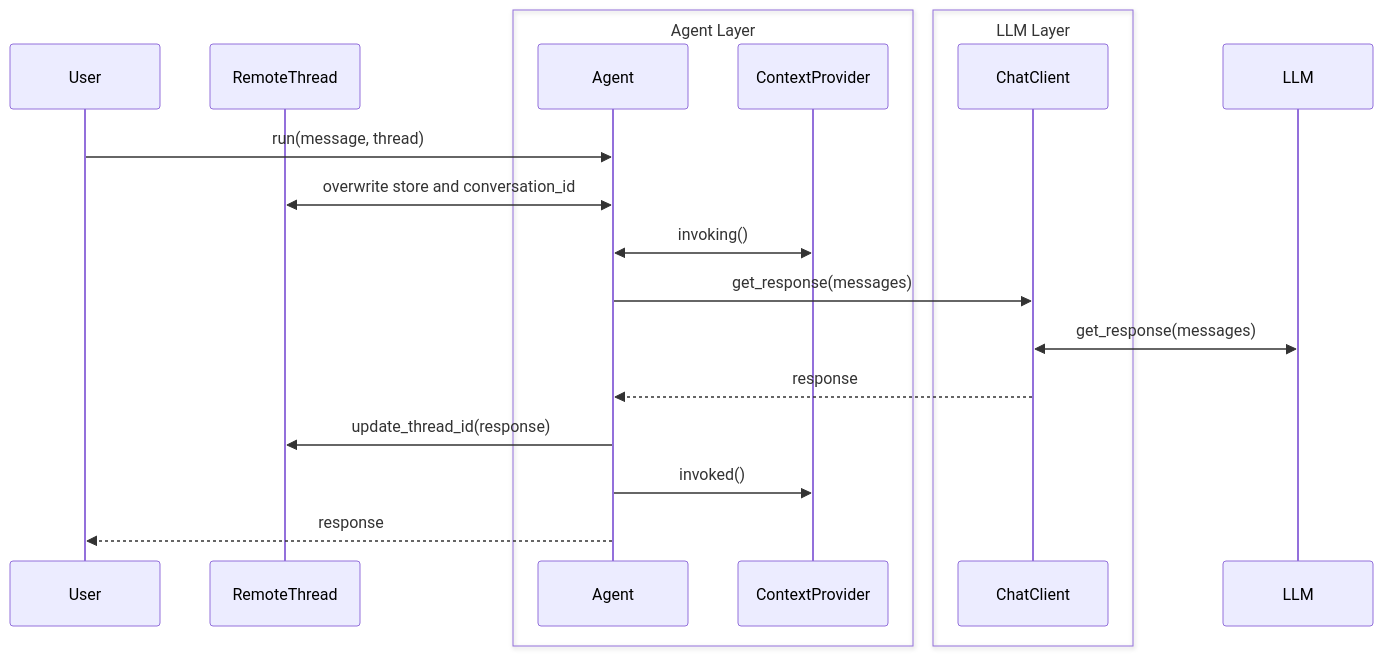
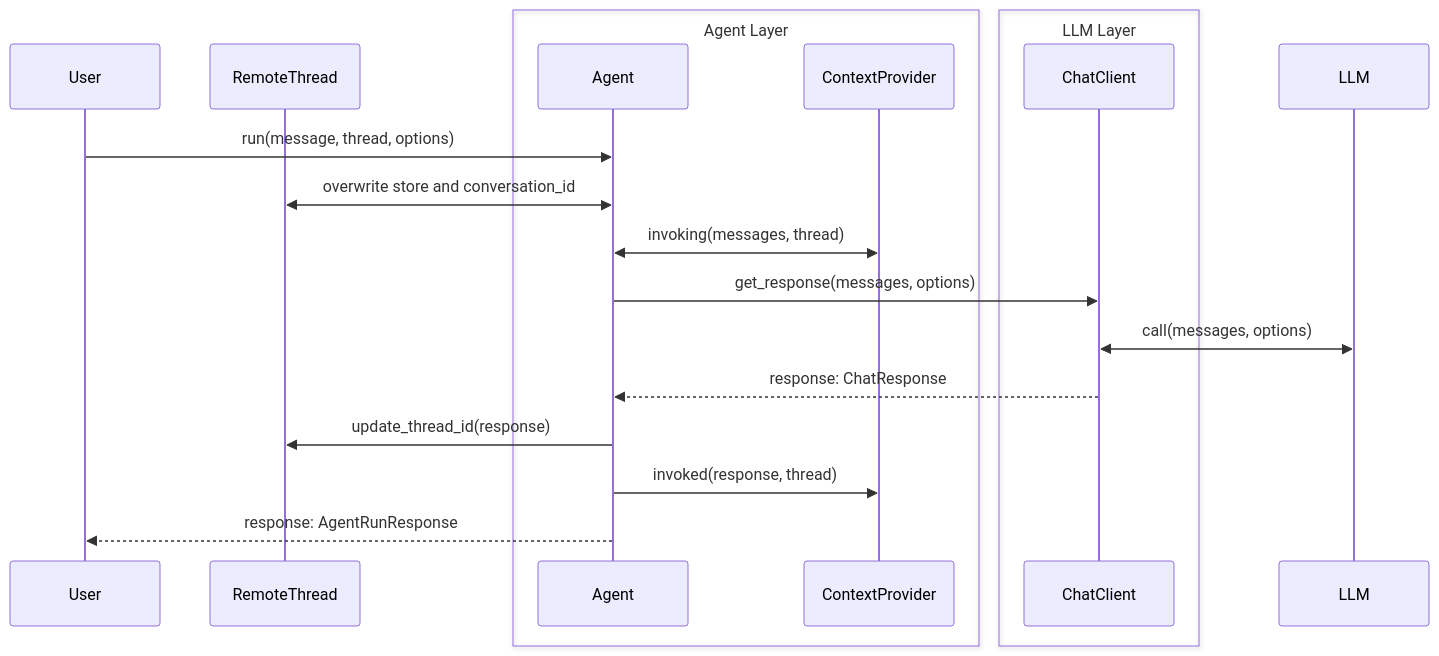
The sixth of 7 diagrams in docs/decisions/00XX-python-agent-threads.md (microsoft/agent-framework), drawn with Mermaid before and after one commit. The commit also changed other lines of this file, not shown here.

Commit message:
updated flows

````diff
--- a/docs/decisions/00XX-python-agent-threads.md
+++ b/docs/decisions/00XX-python-agent-threads.md
@@ -212,23 +212,23 @@
 ```mermaid
 sequenceDiagram
         participant User
         participant RemoteThread
     box Agent Layer
         participant Agent
         participant ContextProvider
     end
     box LLM Layer
         participant ChatClient
     end
         participant LLM
 
-    User->>Agent: run(message, thread)
+    User->>Agent: run(message, thread, options)
     Agent<<->>RemoteThread: overwrite store and conversation_id
-    Agent<<->>ContextProvider: invoking()
-    Agent->>ChatClient: get_response(messages)
-    ChatClient<<->>LLM: get_response(messages)
-    ChatClient-->>Agent: response
+    Agent<<->>ContextProvider: invoking(messages, thread)
+    Agent->>ChatClient: get_response(messages, options)
+    ChatClient<<->>LLM: call(messages, options)
+    ChatClient-->>Agent: response: ChatResponse
     Agent->>RemoteThread: update_thread_id(response)
-    Agent->>ContextProvider: invoked()
-    Agent-->>User: response
+    Agent->>ContextProvider: invoked(response, thread)
+    Agent-->>User: response: AgentRunResponse
 ```
````
